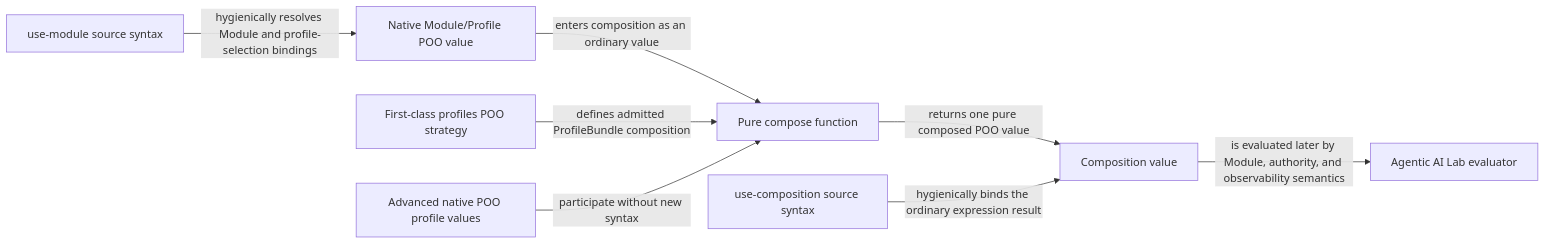
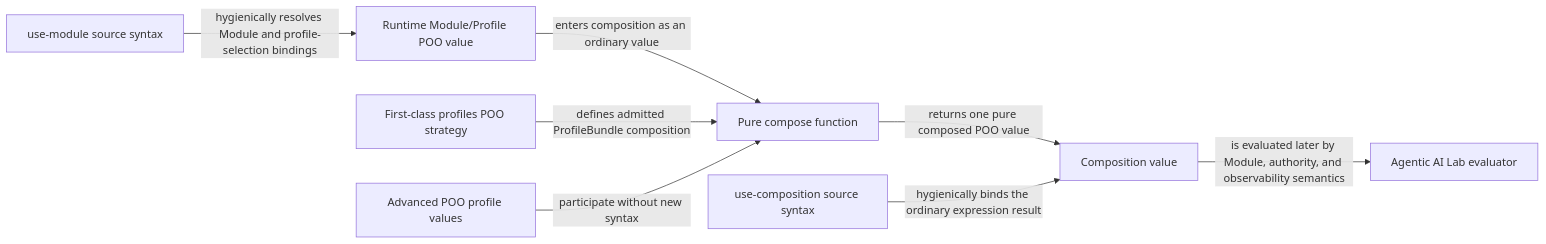
Before and after one commit to tao3k/gebril-yuanxu: the diagram in module-system/design/45-120-13-thin-use-composition-use-module-profile-projection.org, drawn with Mermaid. The commit also changed other lines of this file and 1469 other files, not shown here.

First line of the commit message:
refactor: consolidate module runtime and build interfaces

```diff
--- a/module-system/design/45-120-13-thin-use-composition-use-module-profile-projection.org
+++ b/module-system/design/45-120-13-thin-use-composition-use-module-profile-projection.org
@@ -132,10 +132,10 @@
 #+begin_src mermaid
 flowchart LR
-  U["use-module source syntax"] -->|"hygienically resolves Module and profile-selection bindings"| M["Native Module/Profile POO value"]
+  U["use-module source syntax"] -->|"hygienically resolves Module and profile-selection bindings"| M["Runtime Module/Profile POO value"]
   M -->|"enters composition as an ordinary value"| C["Pure compose function"]
   P["First-class profiles POO strategy"] -->|"defines admitted ProfileBundle composition"| C
-  A["Advanced native POO profile values"] -->|"participate without new syntax"| C
+  A["Advanced POO profile values"] -->|"participate without new syntax"| C
   C -->|"returns one pure composed POO value"| V["Composition value"]
   B["use-composition source syntax"] -->|"hygienically binds the ordinary expression result"| V
   V -->|"is evaluated later by Module, authority, and observability semantics"| E["Agentic AI Lab evaluator"]
 #+end_src
```
